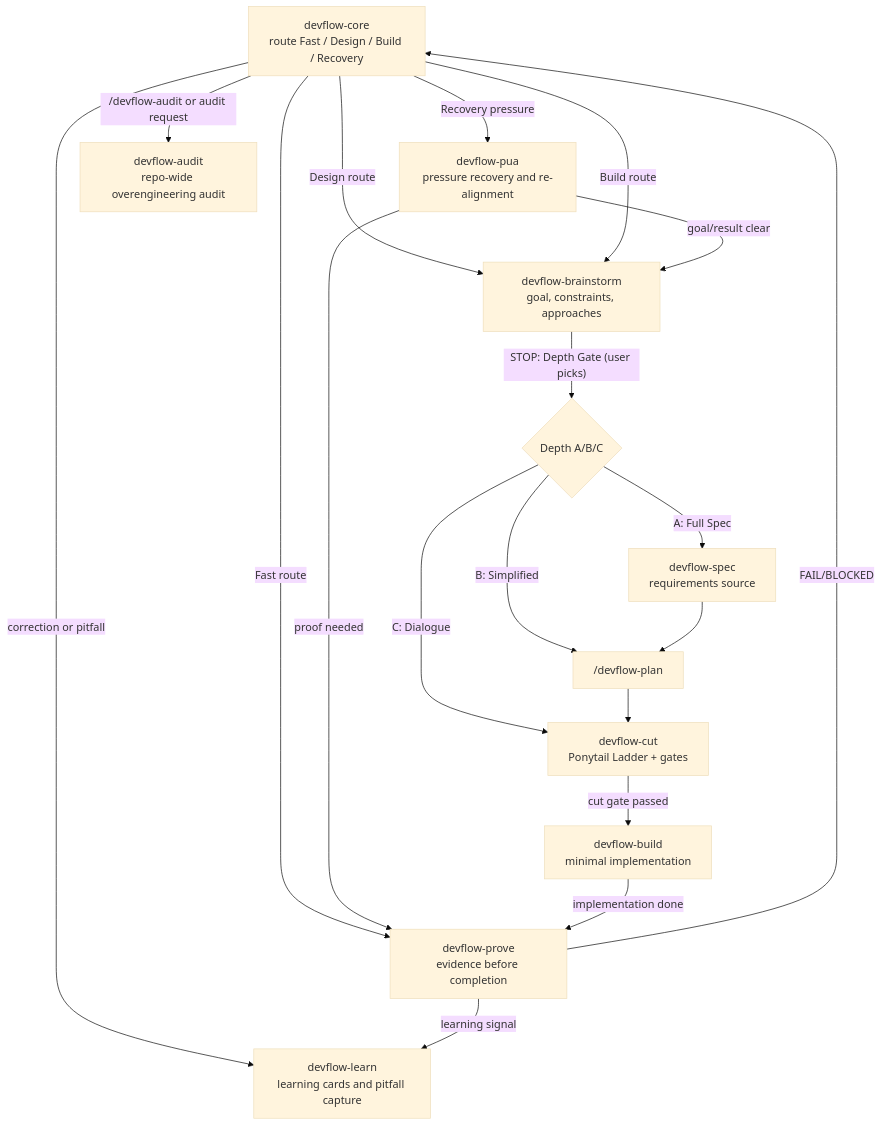
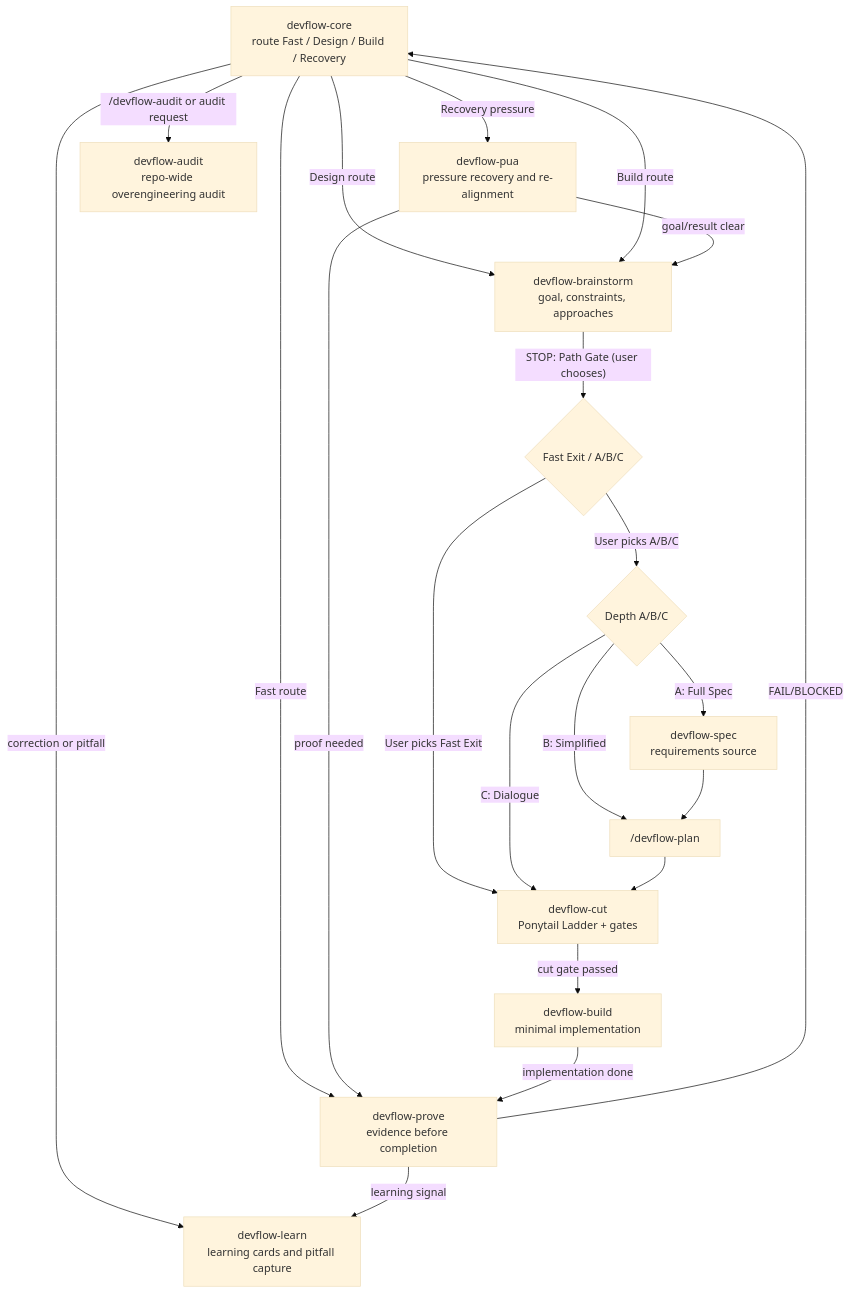
Before and after one commit to huangwen-changdu/DevFlow-Core: the diagram in skills/skill-call-diagram.md, drawn with Mermaid (base theme). The commit also changed other lines of this file and 17 other files, not shown here.

First line of the commit message:
refactor: 重构 DevFlow 流程体系，新增 Path Selection Gate 和 Code Documentation 约束

````diff
--- a/skills/skill-call-diagram.md
+++ b/skills/skill-call-diagram.md
@@ -3,31 +3,33 @@
 ```mermaid
 graph TD
     CORE["devflow-core<br/>route Fast / Design / Build / Recovery"]
     BRAIN["devflow-brainstorm<br/>goal, constraints, approaches"]
     SPEC["devflow-spec<br/>requirements source"]
     CUT["devflow-cut<br/>Ponytail Ladder + gates"]
     BUILD["devflow-build<br/>minimal implementation"]
     PROVE["devflow-prove<br/>evidence before completion"]
     PUA["devflow-pua<br/>pressure recovery and re-alignment"]
     LEARN["devflow-learn<br/>learning cards and pitfall capture"]
     AUDIT["devflow-audit<br/>repo-wide overengineering audit"]
 
     CORE -->|"Design route"| BRAIN
     CORE -->|"Build route"| BRAIN
     CORE -->|"Fast route"| PROVE
     CORE -->|"Recovery pressure"| PUA
     CORE -->|"/devflow-audit or audit request"| AUDIT
     PUA -->|"goal/result clear"| BRAIN
     PUA -->|"proof needed"| PROVE
-    BRAIN -->|"STOP: Depth Gate (user picks)"| DEPTH{"Depth A/B/C"}
+    BRAIN -->|"STOP: Path Gate (user chooses)"| PATH{"Fast Exit / A/B/C"}
+    PATH -->|"User picks Fast Exit"| CUT
+    PATH -->|"User picks A/B/C"| DEPTH{"Depth A/B/C"}
     DEPTH -->|"A: Full Spec"| SPEC
     DEPTH -->|"B: Simplified"| PLAN["/devflow-plan"]
     DEPTH -->|"C: Dialogue"| CUT
     SPEC --> PLAN
     PLAN --> CUT
     CUT -->|"cut gate passed"| BUILD
     BUILD -->|"implementation done"| PROVE
     PROVE -->|"FAIL/BLOCKED"| CORE
     CORE -->|"correction or pitfall"| LEARN
     PROVE -->|"learning signal"| LEARN
 ```
````
